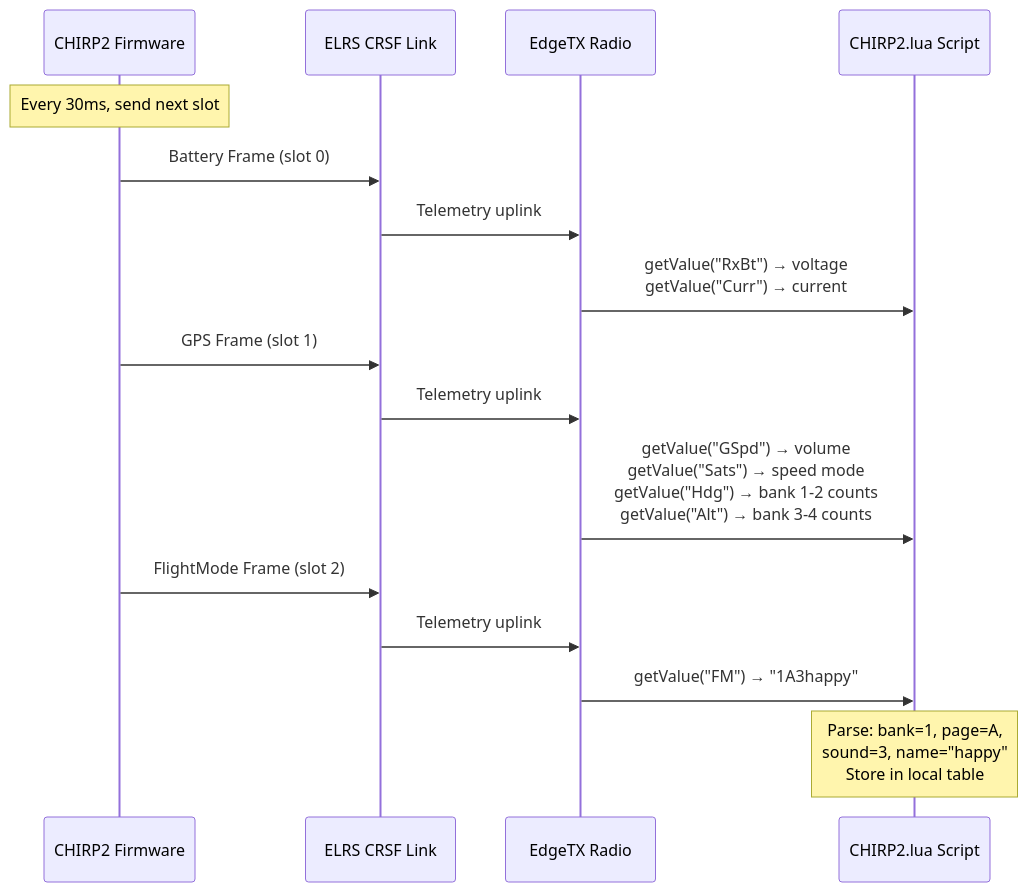
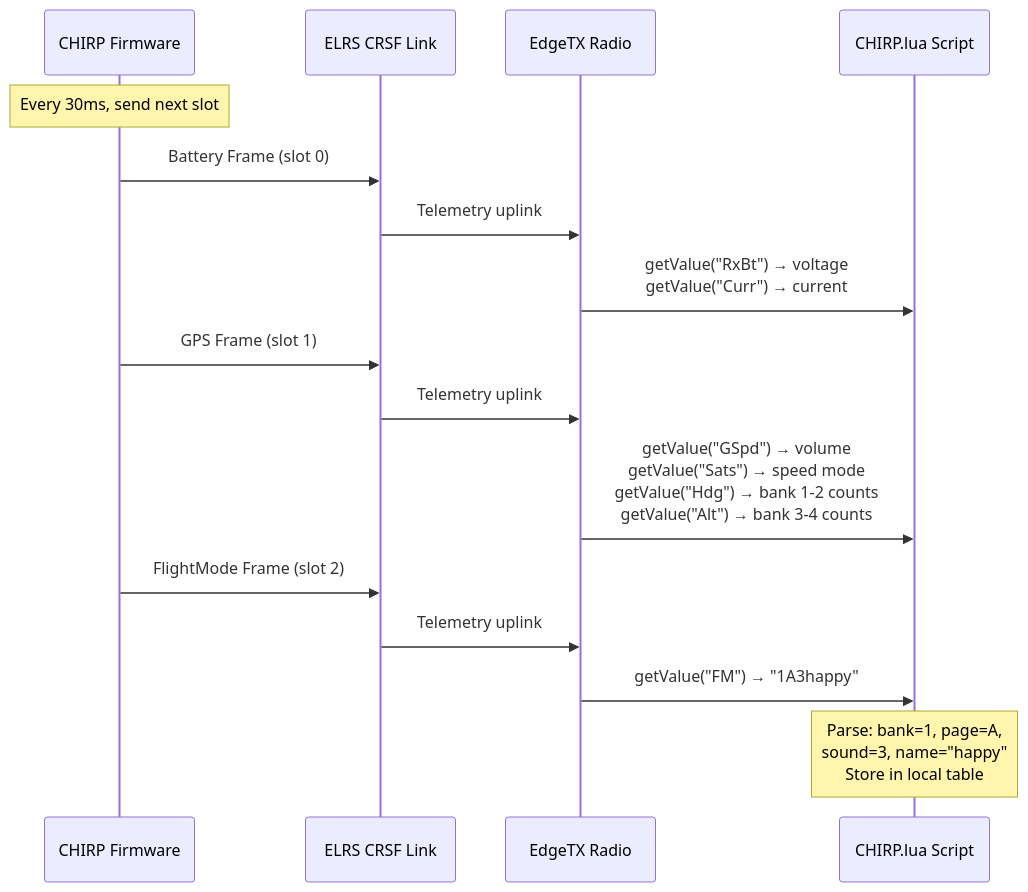
The third of 3 diagrams in CHIRP_Droid_Control/README.md (joymonkey/CHIRP), drawn with Mermaid before and after one commit. The commit also changed other lines of this file, not shown here.

````diff
--- a/CHIRP_Droid_Control/README.md
+++ b/CHIRP_Droid_Control/README.md
@@ -329,22 +329,22 @@
 ```mermaid
 sequenceDiagram
-    participant FW as CHIRP2 Firmware
+    participant FW as CHIRP Firmware
     participant CRSF as ELRS CRSF Link
     participant TX as EdgeTX Radio
-    participant LUA as CHIRP2.lua Script
+    participant LUA as CHIRP.lua Script
 
     Note over FW: Every 30ms, send next slot
 
     FW->>CRSF: Battery Frame (slot 0)
     CRSF->>TX: Telemetry uplink
     TX->>LUA: getValue("RxBt") → voltage<br/>getValue("Curr") → current
 
     FW->>CRSF: GPS Frame (slot 1)
     CRSF->>TX: Telemetry uplink
     TX->>LUA: getValue("GSpd") → volume<br/>getValue("Sats") → speed mode<br/>getValue("Hdg") → bank 1-2 counts<br/>getValue("Alt") → bank 3-4 counts
 
     FW->>CRSF: FlightMode Frame (slot 2)
     CRSF->>TX: Telemetry uplink
     TX->>LUA: getValue("FM") → "1A3happy"
     Note over LUA: Parse: bank=1, page=A,<br/>sound=3, name="happy"<br/>Store in local table
 ```
````
